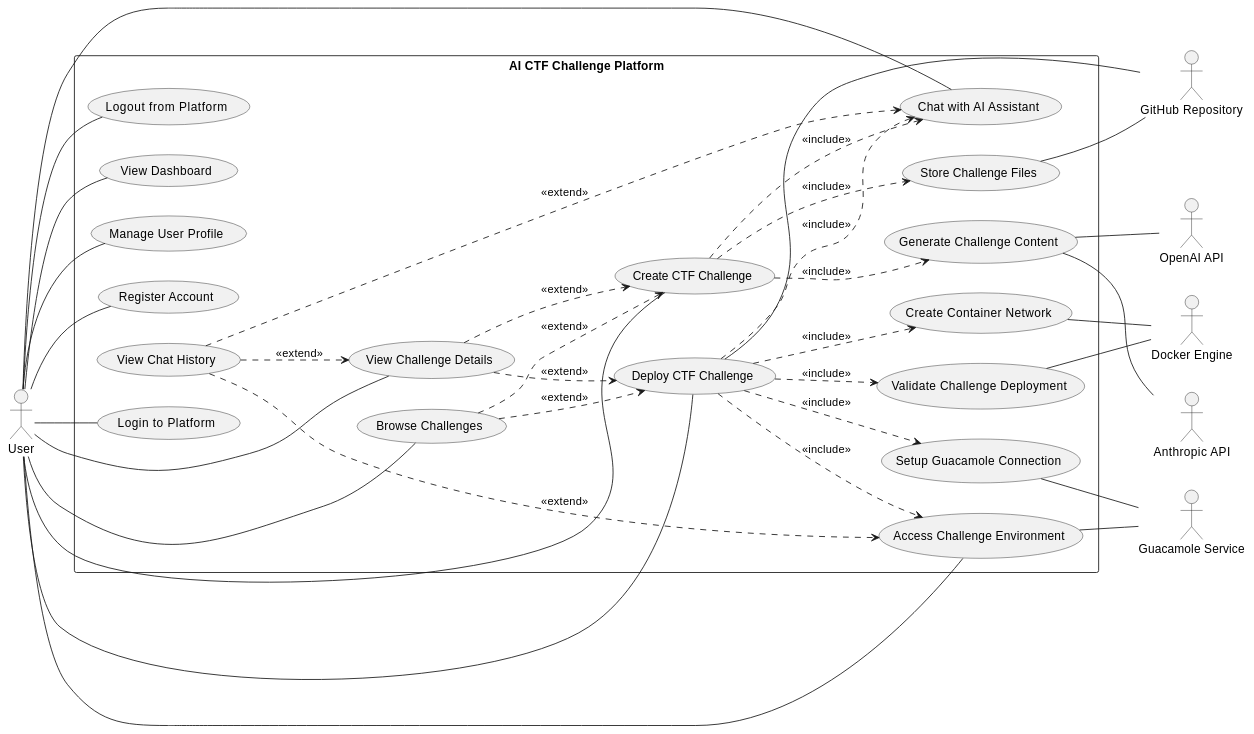
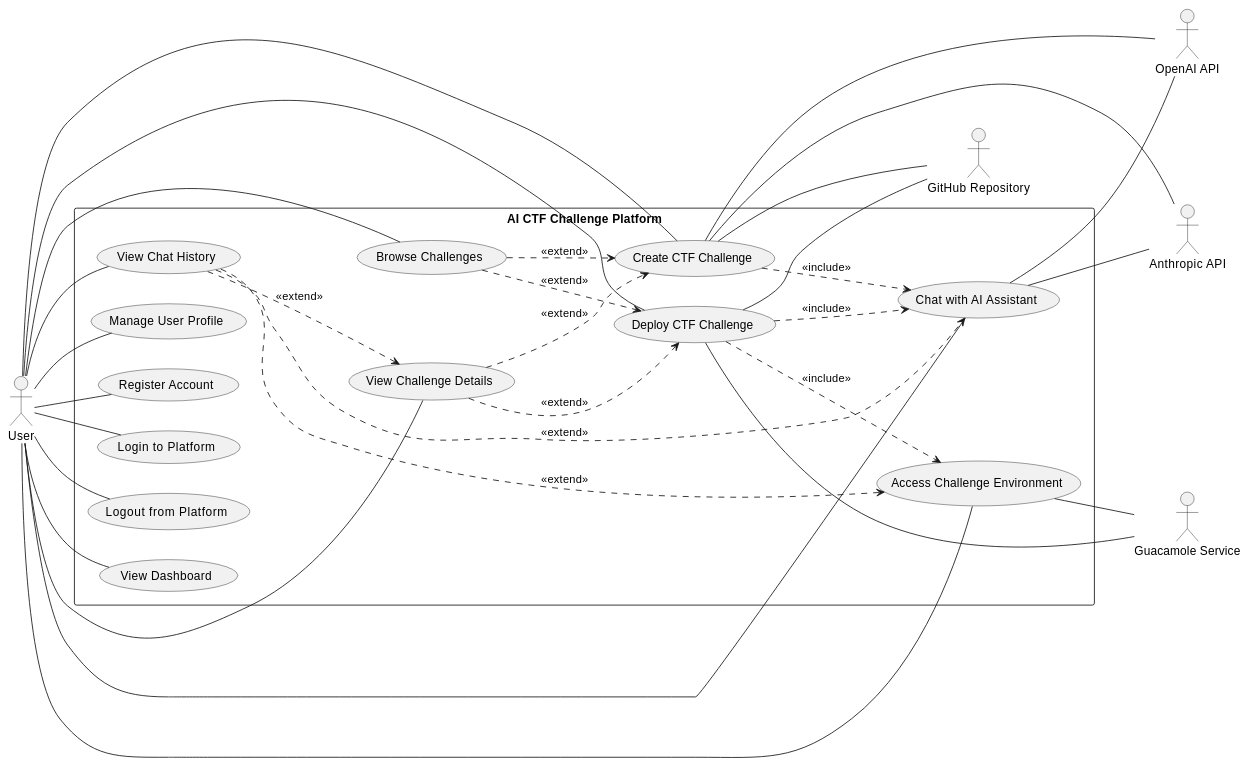
The third of 3 diagrams in USE_CASE_DIAGRAM_CORRECT.md (Ahmed-CYB/ai-ctf-challenge-platform), drawn with PlantUML before and after one commit. The commit also changed other lines of this file, not shown here.

First line of the commit message:
Refocus use case diagram on user actions only

````diff
--- a/USE_CASE_DIAGRAM_CORRECT.md
+++ b/USE_CASE_DIAGRAM_CORRECT.md
@@ -390,76 +380,67 @@
 ```plantuml
 @startuml AI_CTF_Challenge_Platform_Use_Case_Diagram
 
 left to right direction
 
 actor User
 actor "OpenAI API" as OpenAI
 actor "Anthropic API" as Anthropic
 actor "GitHub Repository" as GitHub
 actor "Guacamole Service" as Guacamole
-actor "Docker Engine" as Docker
 
 rectangle "AI CTF Challenge Platform" {
     usecase "Register Account" as UC1
     usecase "Login to Platform" as UC2
     usecase "Logout from Platform" as UC3
     usecase "View Dashboard" as UC4
     usecase "Create CTF Challenge" as UC5
     usecase "Deploy CTF Challenge" as UC6
     usecase "Access Challenge Environment" as UC7
     usecase "Chat with AI Assistant" as UC8
     usecase "View Challenge Details" as UC9
     usecase "View Chat History" as UC10
     usecase "Manage User Profile" as UC11
     usecase "Browse Challenges" as UC12
-    usecase "Validate Challenge Deployment" as UC13
-    usecase "Generate Challenge Content" as UC14
-    usecase "Store Challenge Files" as UC15
-    usecase "Create Container Network" as UC16
-    usecase "Setup Guacamole Connection" as UC17
 }
 
 ' Actor-Use Case Associations (Solid lines, no arrowheads)
 User -- UC1
 User -- UC2
 User -- UC3
 User -- UC4
 User -- UC5
 User -- UC6
 User -- UC7
 User -- UC8
 User -- UC9
+User -- UC10
 User -- UC11
 User -- UC12
 
 ' Include Relationships (Dashed arrow FROM base TO included)
 UC5 ..> UC8 : <<include>>
-UC5 ..> UC14 : <<include>>
-UC5 ..> UC15 : <<include>>
 UC6 ..> UC8 : <<include>>
-UC6 ..> UC13 : <<include>>
-UC6 ..> UC16 : <<include>>
-UC6 ..> UC17 : <<include>>
 UC6 ..> UC7 : <<include>>
 
 ' Extend Relationships (Dashed arrow FROM extending TO base)
-UC12 ..> UC5 : <<extend>>
-UC12 ..> UC6 : <<extend>>
 UC10 ..> UC8 : <<extend>>
 UC10 ..> UC7 : <<extend>>
 UC10 ..> UC9 : <<extend>>
 UC9 ..> UC5 : <<extend>>
 UC9 ..> UC6 : <<extend>>
+UC12 ..> UC5 : <<extend>>
+UC12 ..> UC6 : <<extend>>
 
 ' External Actor Associations (Solid lines, no arrowheads)
-UC14 -- OpenAI
-UC14 -- Anthropic
-UC15 -- GitHub
+' These support user actions but are not user-initiated
+UC5 -- OpenAI
+UC5 -- Anthropic
+UC5 -- GitHub
 UC6 -- GitHub
-UC13 -- Docker
-UC16 -- Docker
-UC17 -- Guacamole
+UC6 -- Guacamole
 UC7 -- Guacamole
+UC8 -- OpenAI
+UC8 -- Anthropic
 
 @enduml
 ```
````
